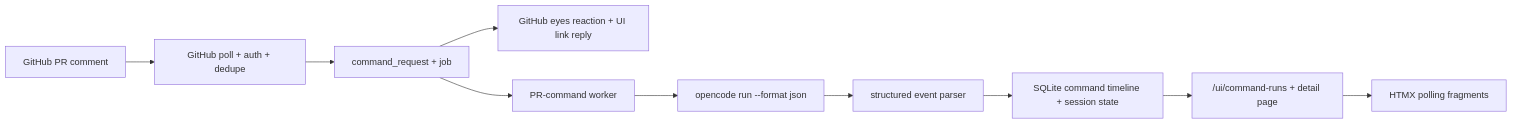
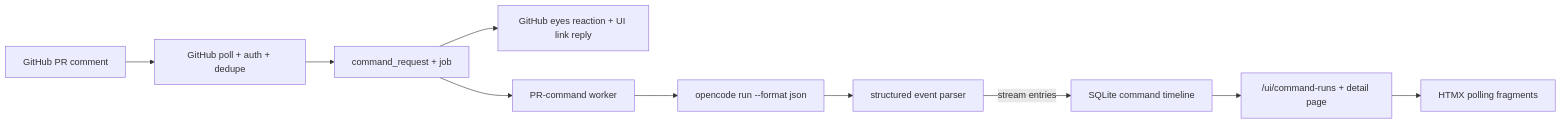
The diagram in openspec/changes/opsx/design.md (mngeow/heimdall), drawn with Mermaid before and after one commit. The commit also changed other lines of this file and 12 other files, not shown here.

First line of the commit message:
feat(opsx): streaming timeline, rich rendering, and chronological order

````diff
--- a/openspec/changes/opsx/design.md
+++ b/openspec/changes/opsx/design.md
@@ -7,12 +9,12 @@
 ```mermaid
 flowchart LR
     Comment["GitHub PR comment"] --> Poller["GitHub poll + auth + dedupe"]
     Poller --> Command["command_request + job"]
     Command --> Feedback["GitHub eyes reaction + UI link reply"]
     Command --> Worker["PR-command worker"]
     Worker --> OpenCode["opencode run --format json"]
     OpenCode --> Parser["structured event parser"]
-    Parser --> Timeline["SQLite command timeline + session state"]
-    Timeline --> UI["/ui/command-runs + detail page"]
+    Parser -->|stream entries| Store["SQLite command timeline"]
+    Store --> UI["/ui/command-runs + detail page"]
     UI --> HTMX["HTMX polling fragments"]
 ```
````
